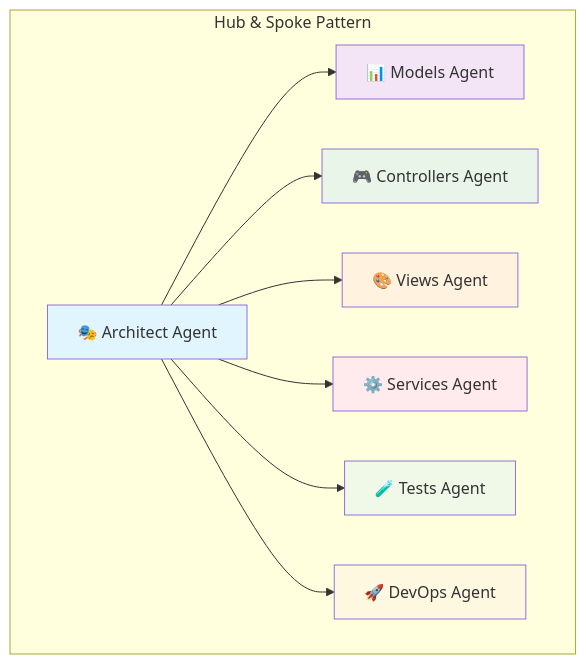
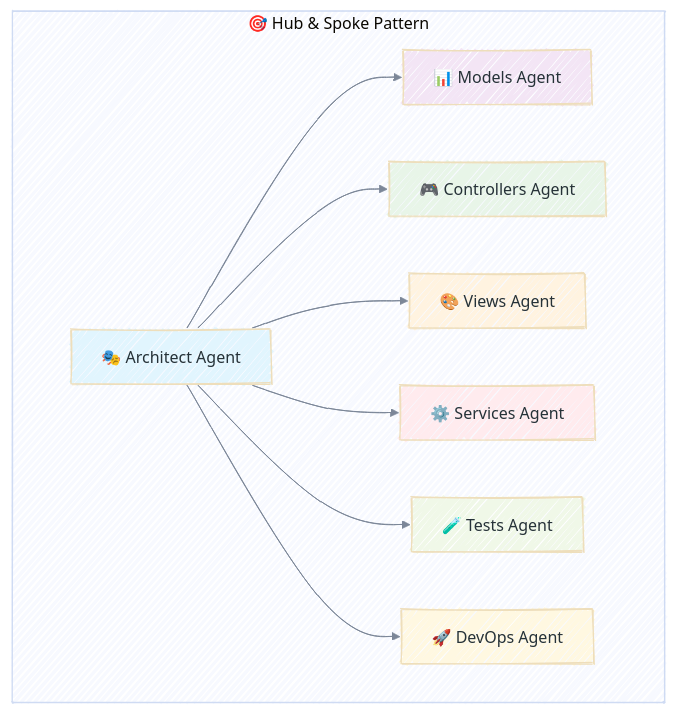
The third of 16 diagrams in _posts/2025-06-29-claudeonrails-ai-powered-rails-development-swarm.md (enogrob/enogrob.github.io), drawn with Mermaid before and after one commit. The commit also changed other lines of this file and 12 other files, not shown here.

````diff
--- a/_posts/2025-06-29-claudeonrails-ai-powered-rails-development-swarm.md
+++ b/_posts/2025-06-29-claudeonrails-ai-powered-rails-development-swarm.md
@@ -129,19 +131,20 @@
 ```mermaid!
-graph TD
-    subgraph "Hub & Spoke Pattern"
+%%{init: {"theme": "base", "look": "handDrawn", "themeVariables": {"fontFamily": "ui-sans-serif, system-ui, sans-serif", "lineColor": "#7c8798", "primaryTextColor": "#263238"}, "flowchart": {"nodeSpacing": 55, "rankSpacing": 90}}}%%
+flowchart TD
+    subgraph HubPattern["🎯 Hub & Spoke Pattern"]
         A["🎭 Architect Agent"] --> B["📊 Models Agent"]
         A --> C["🎮 Controllers Agent"]
         A --> D["🎨 Views Agent"]
         A --> E["⚙️ Services Agent"]
         A --> F["🧪 Tests Agent"]
         A --> G["🚀 DevOps Agent"]
     end
     
     style A fill:#e1f5fe
     style B fill:#f3e5f5
     style C fill:#e8f5e8
     style D fill:#fff3e0
     style E fill:#ffebee
     style F fill:#f0f8e8
     style G fill:#fff8e1
 ```
````
